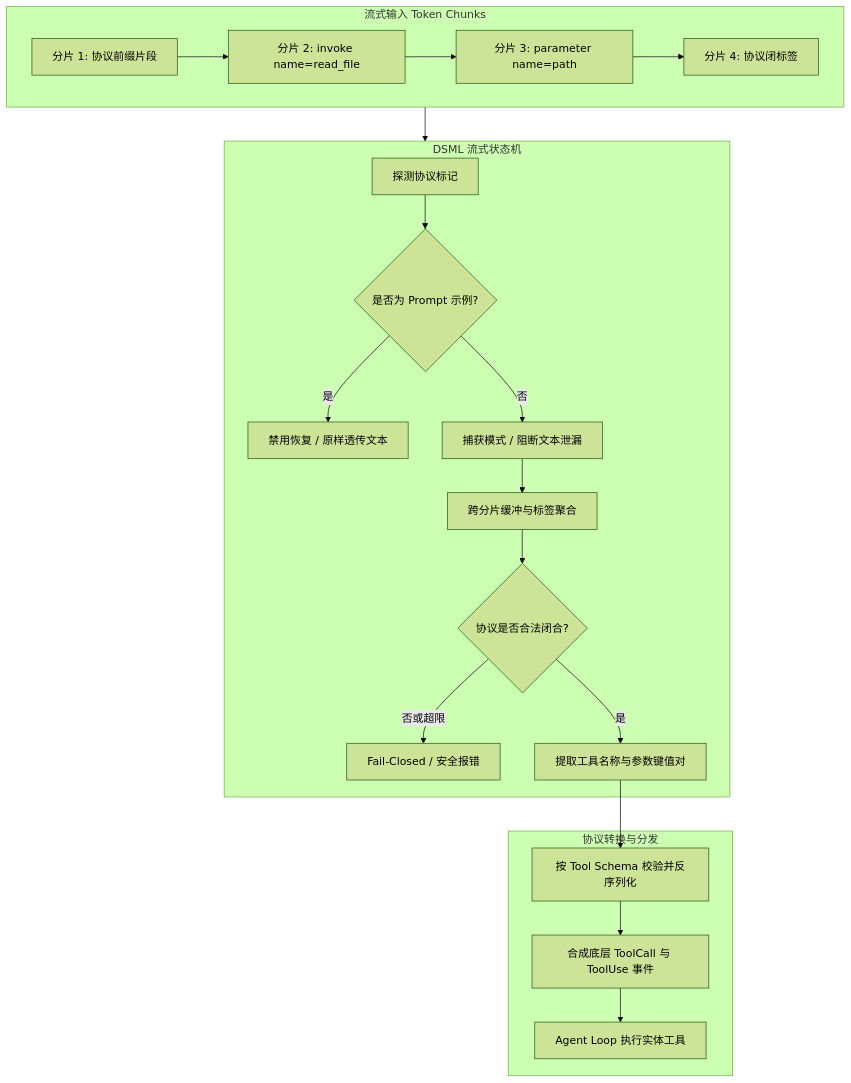
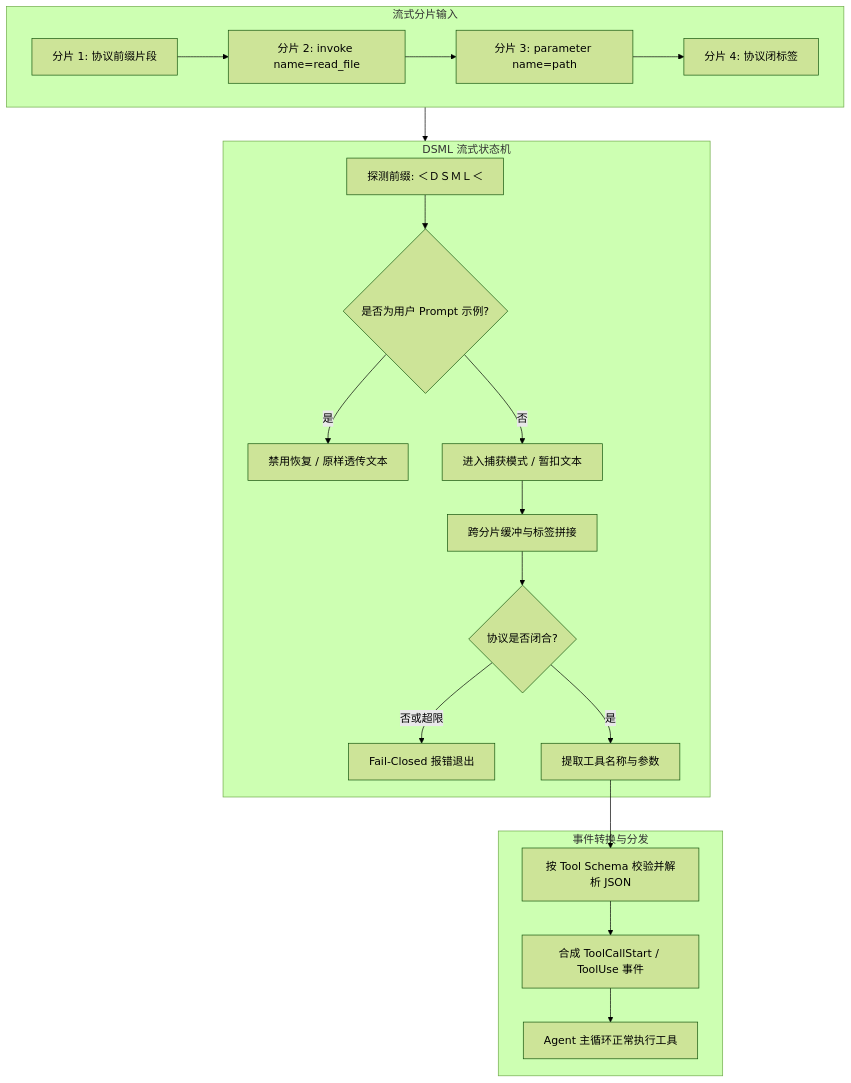
The diagram in content/posts/agent-dsml-tool-call-streaming-recovery.md (ferstar/blog), drawn with Mermaid (forest theme) before and after one commit. The commit also changed other lines of this file and 9 other files, not shown here.

```diff
--- a/content/posts/agent-dsml-tool-call-streaming-recovery.md
+++ b/content/posts/agent-dsml-tool-call-streaming-recovery.md
@@ -30,26 +30,26 @@
 {{< mermaid >}}
 flowchart TD
-  subgraph Ingestion[流式输入 Token Chunks]
+  subgraph Ingestion[流式分片输入]
     A[分片 1: 协议前缀片段] --> B[分片 2: invoke name=read_file]
     B --> C[分片 3: parameter name=path]
     C --> D[分片 4: 协议闭标签]
   end
 
   subgraph StateMachine[DSML 流式状态机]
-    S1[探测协议标记] --> S2{是否为 Prompt 示例?}
+    S1[探测前缀: ＜ＤＳＭＬ＜] --> S2{是否为用户 Prompt 示例?}
     S2 -->|是| S3[禁用恢复 / 原样透传文本]
-    S2 -->|否| S4[捕获模式 / 阻断文本泄漏]
-    S4 --> S5[跨分片缓冲与标签聚合]
-    S5 --> S6{协议是否合法闭合?}
-    S6 -->|否或超限| S7[Fail-Closed / 安全报错]
-    S6 -->|是| S8[提取工具名称与参数键值对]
+    S2 -->|否| S4[进入捕获模式 / 暂扣文本]
+    S4 --> S5[跨分片缓冲与标签拼接]
+    S5 --> S6{协议是否闭合?}
+    S6 -->|否或超限| S7[Fail-Closed 报错退出]
+    S6 -->|是| S8[提取工具名称与参数]
   end
 
-  subgraph Dispatch[协议转换与分发]
-    S8 --> E1[按 Tool Schema 校验并反序列化]
-    E1 --> E2[合成底层 ToolCall 与 ToolUse 事件]
-    E2 --> E3[Agent Loop 执行实体工具]
+  subgraph Dispatch[事件转换与分发]
+    S8 --> E1[按 Tool Schema 校验并解析 JSON]
+    E1 --> E2[合成 ToolCallStart / ToolUse 事件]
+    E2 --> E3[Agent 主循环正常执行工具]
   end
 
   Ingestion --> StateMachine
 {{< /mermaid >}}
```
